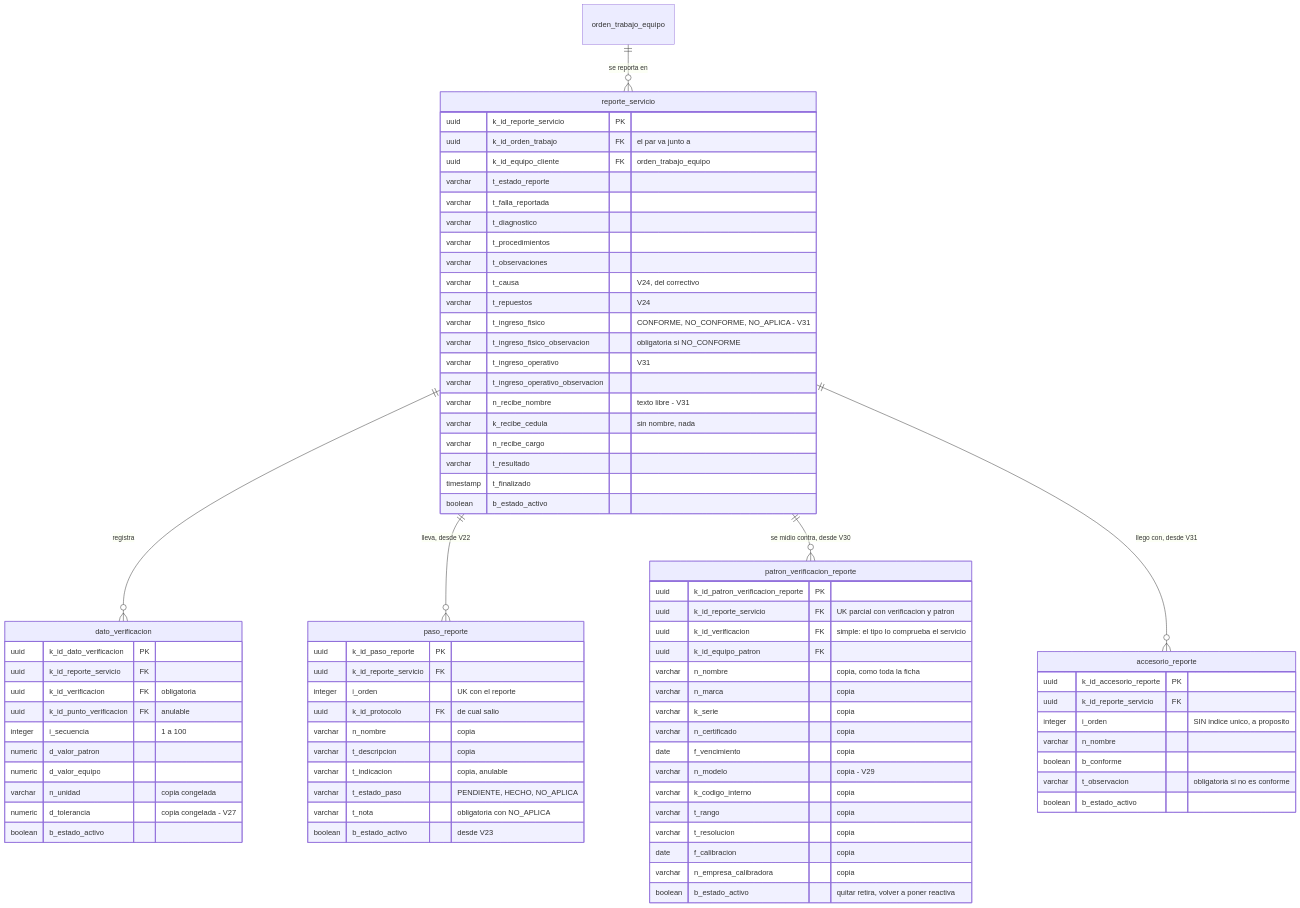
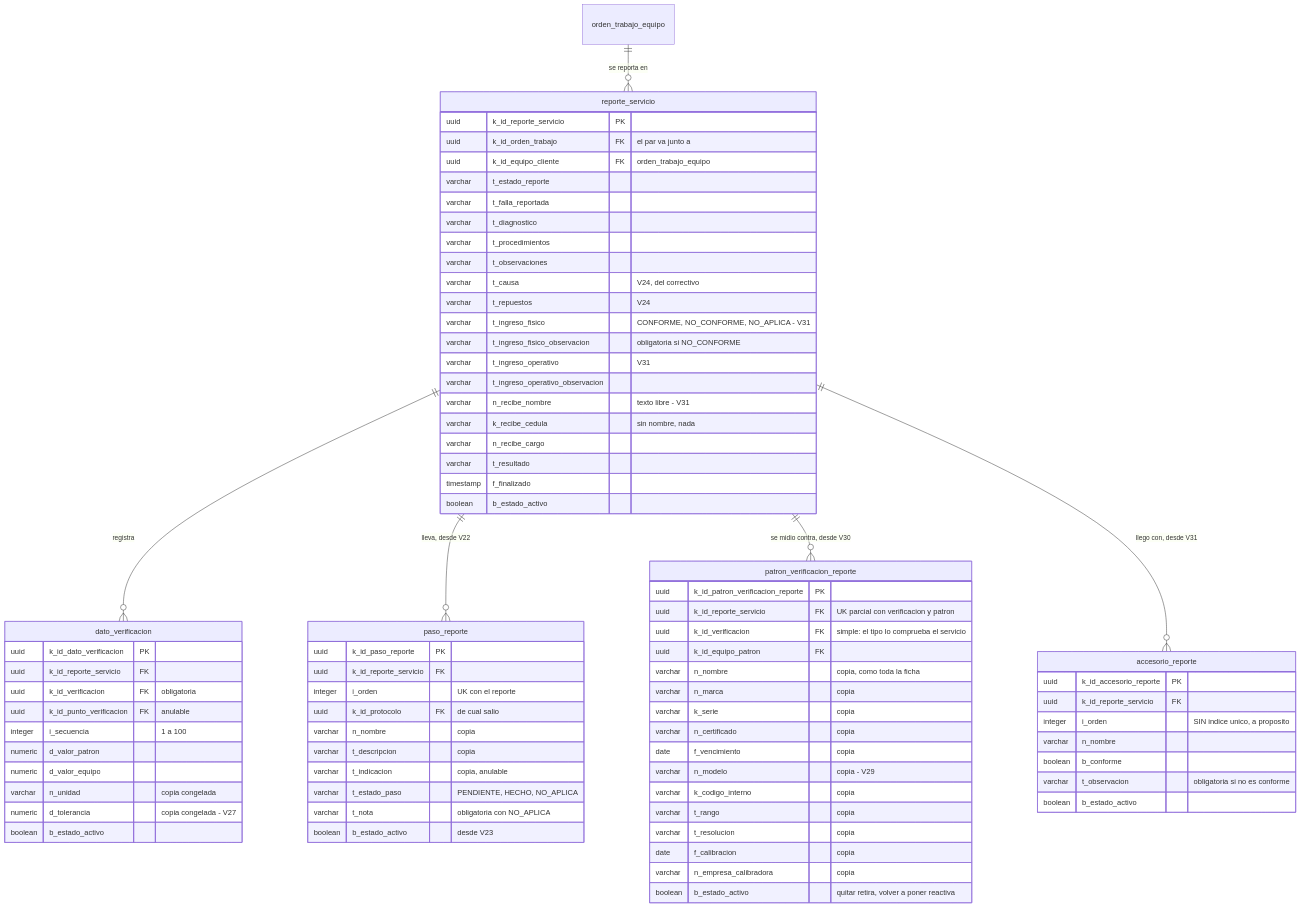
One commit to SeanBol222/MalphasOs changed the tenth of 10 diagrams in SecondBrain/wiki/base-de-datos/esquema-bd-malphasos.md. Above: the diagram before and after it, drawn with Mermaid. The commit also changed other lines of this file and 4 other files, not shown here.

First line of the commit message:
docs: V42 in the schema note, the debt and the roadmap

````diff
--- a/SecondBrain/wiki/base-de-datos/esquema-bd-malphasos.md
+++ b/SecondBrain/wiki/base-de-datos/esquema-bd-malphasos.md
@@ -628,81 +638,81 @@
 ```mermaid
 erDiagram
     orden_trabajo_equipo ||--o{ reporte_servicio : "se reporta en"
     reporte_servicio ||--o{ dato_verificacion : "registra"
     reporte_servicio ||--o{ paso_reporte : "lleva, desde V22"
     reporte_servicio ||--o{ patron_verificacion_reporte : "se midio contra, desde V30"
     reporte_servicio ||--o{ accesorio_reporte : "llego con, desde V31"
     patron_verificacion_reporte {
         uuid k_id_patron_verificacion_reporte PK
         uuid k_id_reporte_servicio FK "UK parcial con verificacion y patron"
         uuid k_id_verificacion FK "simple: el tipo lo comprueba el servicio"
         uuid k_id_equipo_patron FK
         varchar n_nombre "copia, como toda la ficha"
         varchar n_marca "copia"
         varchar k_serie "copia"
         varchar n_certificado "copia"
         date f_vencimiento "copia"
         varchar n_modelo "copia - V29"
         varchar k_codigo_interno "copia"
         varchar t_rango "copia"
         varchar t_resolucion "copia"
         date f_calibracion "copia"
         varchar n_empresa_calibradora "copia"
         boolean b_estado_activo "quitar retira, volver a poner reactiva"
     }
     accesorio_reporte {
         uuid k_id_accesorio_reporte PK
         uuid k_id_reporte_servicio FK
         integer i_orden "SIN indice unico, a proposito"
         varchar n_nombre
         boolean b_conforme
         varchar t_observacion "obligatoria si no es conforme"
         boolean b_estado_activo
     }
     paso_reporte {
         uuid k_id_paso_reporte PK
         uuid k_id_reporte_servicio FK
         integer i_orden "UK con el reporte"
         uuid k_id_protocolo FK "de cual salio"
         varchar n_nombre "copia"
         varchar t_descripcion "copia"
         varchar t_indicacion "copia, anulable"
         varchar t_estado_paso "PENDIENTE, HECHO, NO_APLICA"
         varchar t_nota "obligatoria con NO_APLICA"
         boolean b_estado_activo "desde V23"
     }
     reporte_servicio {
         uuid k_id_reporte_servicio PK
         uuid k_id_orden_trabajo FK "el par va junto a"
         uuid k_id_equipo_cliente FK "orden_trabajo_equipo"
         varchar t_estado_reporte
         varchar t_falla_reportada
         varchar t_diagnostico
         varchar t_procedimientos
         varchar t_observaciones
         varchar t_causa "V24, del correctivo"
         varchar t_repuestos "V24"
         varchar t_ingreso_fisico "CONFORME, NO_CONFORME, NO_APLICA - V31"
         varchar t_ingreso_fisico_observacion "obligatoria si NO_CONFORME"
         varchar t_ingreso_operativo "V31"
         varchar t_ingreso_operativo_observacion
         varchar n_recibe_nombre "texto libre - V31"
         varchar k_recibe_cedula "sin nombre, nada"
         varchar n_recibe_cargo
         varchar t_resultado
-        timestamp t_finalizado
+        timestamp f_finalizado
         boolean b_estado_activo
     }
     dato_verificacion {
         uuid k_id_dato_verificacion PK
         uuid k_id_reporte_servicio FK
         uuid k_id_verificacion FK "obligatoria"
         uuid k_id_punto_verificacion FK "anulable"
         integer i_secuencia "1 a 100"
         numeric d_valor_patron
         numeric d_valor_equipo
         varchar n_unidad "copia congelada"
         numeric d_tolerancia "copia congelada - V27"
         boolean b_estado_activo
     }
 ```
````
